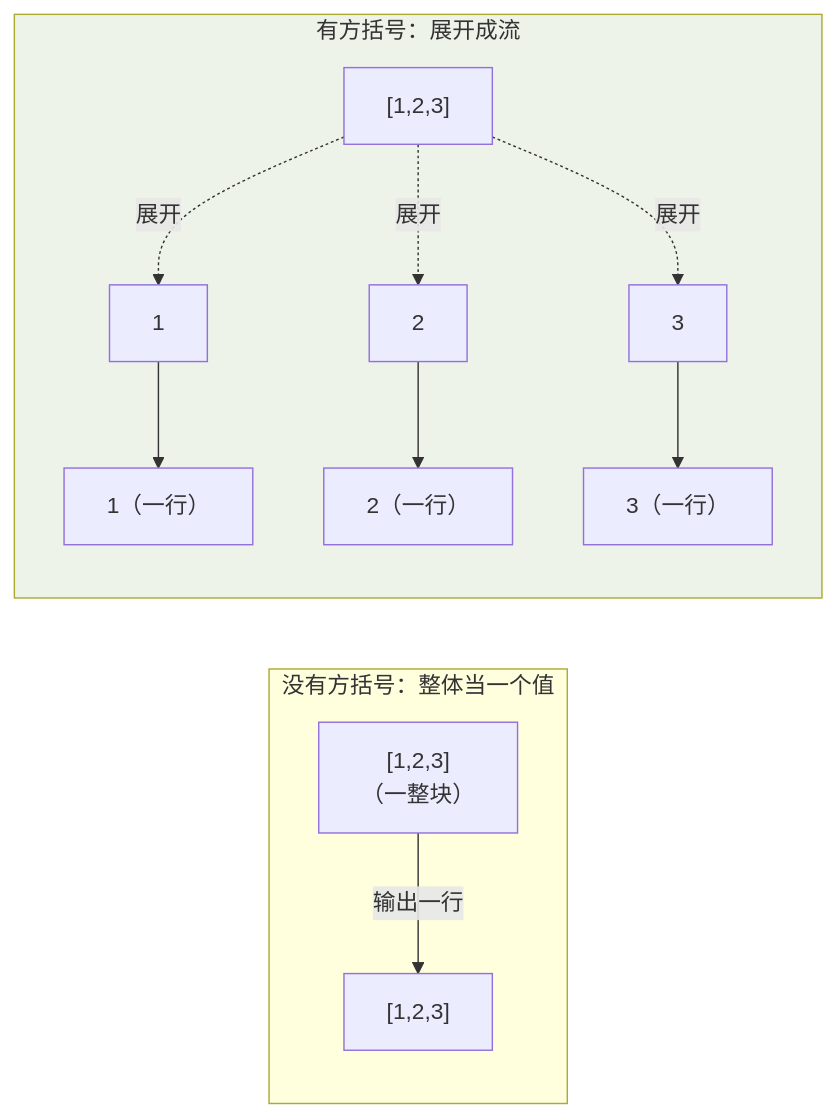
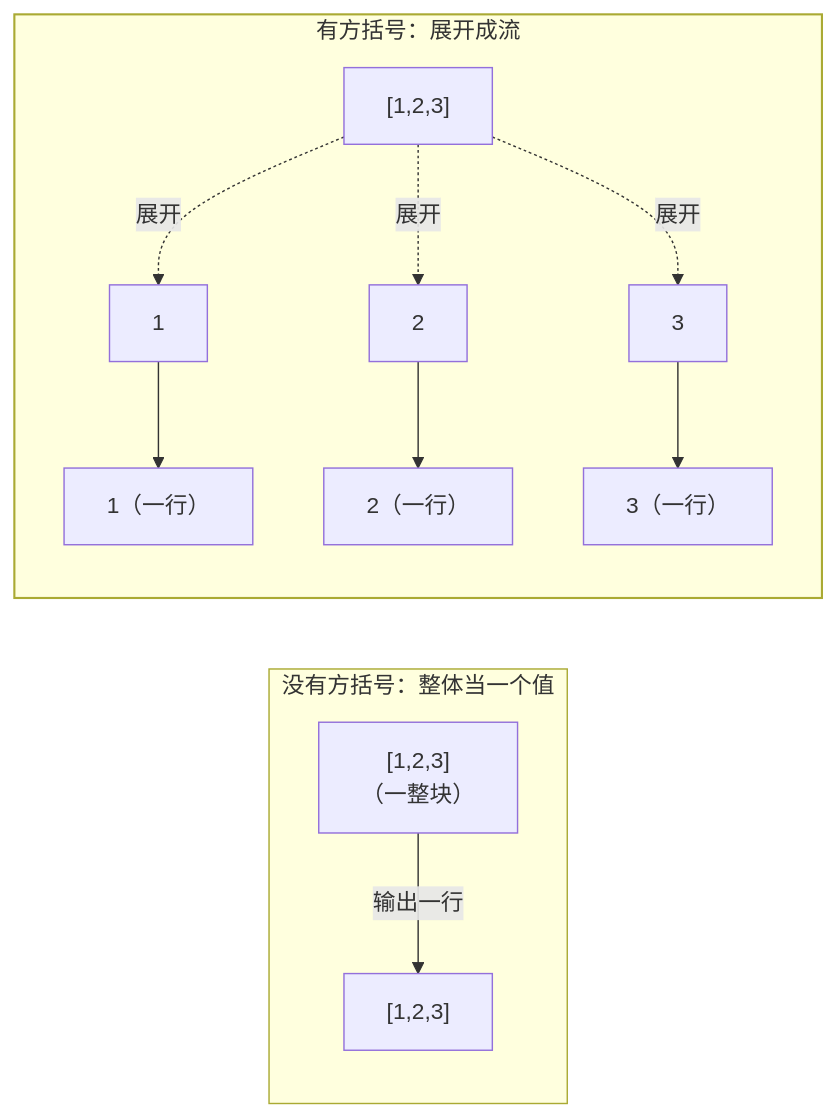
Before and after one commit to Loadhao/ascension: the diagram in src/content/docs/tools/basic/cli/03-jq.md, drawn with Mermaid. The commit also changed 87 other files, not shown here.

First line of the commit message:
fix: 全站图表配色改由主题接管，修复暗色主题下浅底浅字看不清

````diff
--- a/src/content/docs/tools/basic/cli/03-jq.md
+++ b/src/content/docs/tools/basic/cli/03-jq.md
@@ -65,15 +65,16 @@
    ```mermaid
    flowchart LR
        subgraph whole["没有方括号：整体当一个值"]
            A["[1,2,3]<br/>（一整块）"] -->|"输出一行"| A1["[1,2,3]"]
        end
        subgraph opened["有方括号：展开成流"]
            A0["[1,2,3]"] -.->|展开| B["1"]
            A0 -.->|展开| B2["2"]
            A0 -.->|展开| B3["3"]
            B --> B1["1（一行）"]
            B2 --> B2a["2（一行）"]
            B3 --> B3a["3（一行）"]
        end
-       style opened fill:#eef3ea
+       class opened good
+    classDef good stroke-width:1.5px
    ```
````
